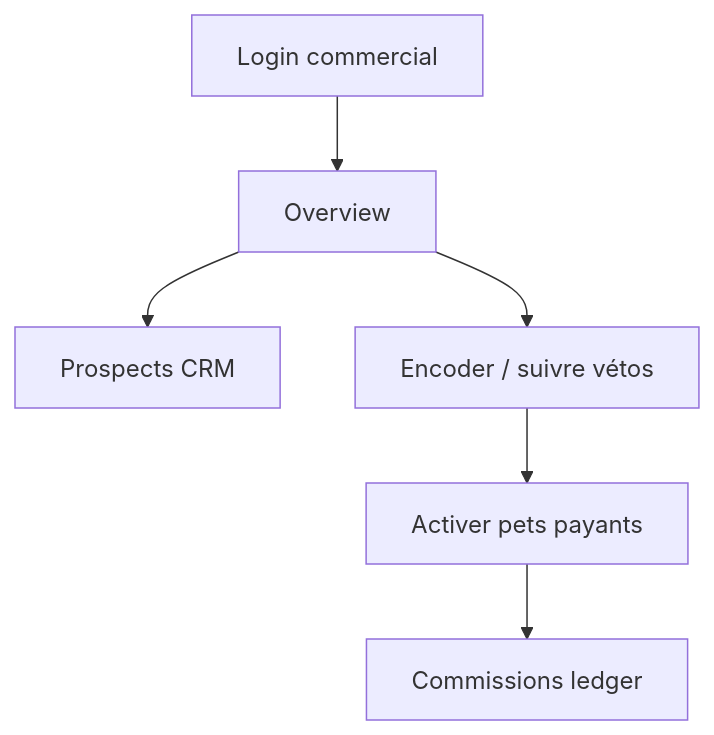
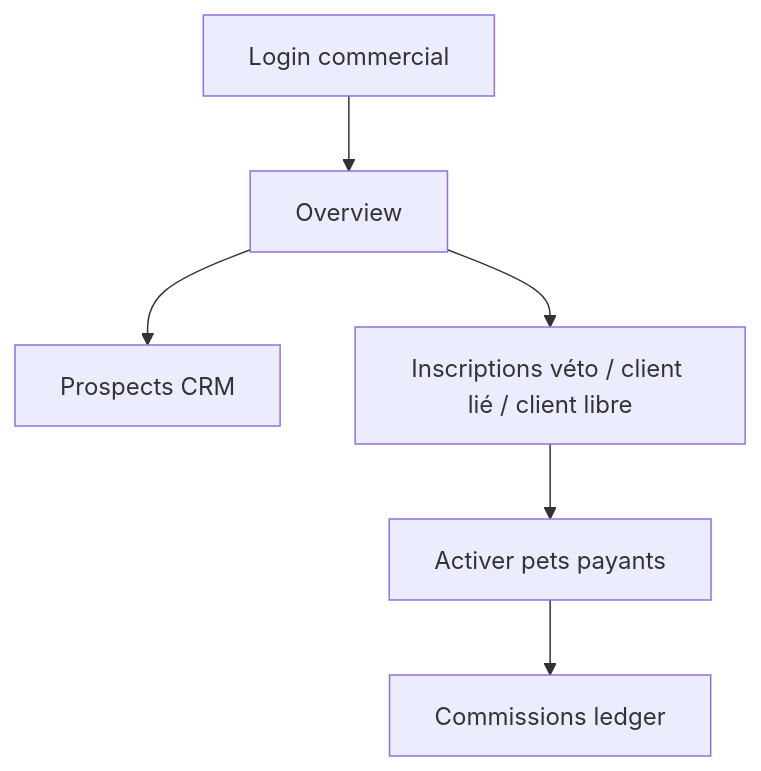
The third of 4 diagrams in documentation/06-FLUX-UTILISATEURS.md (olegrand1976/petsFollow), drawn with Mermaid before and after one commit. The commit also changed 13 other files, not shown here.

First line of the commit message:
feat(commercial): inscriptions véto, client lié et client sans liaison

````diff
--- a/documentation/06-FLUX-UTILISATEURS.md
+++ b/documentation/06-FLUX-UTILISATEURS.md
@@ -44,8 +44,8 @@
 ```mermaid
 flowchart TD
   LoginC[Login commercial] --> Over[Overview]
   Over --> Pros[Prospects CRM]
-  Over --> Encode[Encoder / suivre vétos]
+  Over --> Encode[Inscriptions véto / client lié / client libre]
   Encode --> Act[Activer pets payants]
   Act --> Earn[Commissions ledger]
 ```
````
